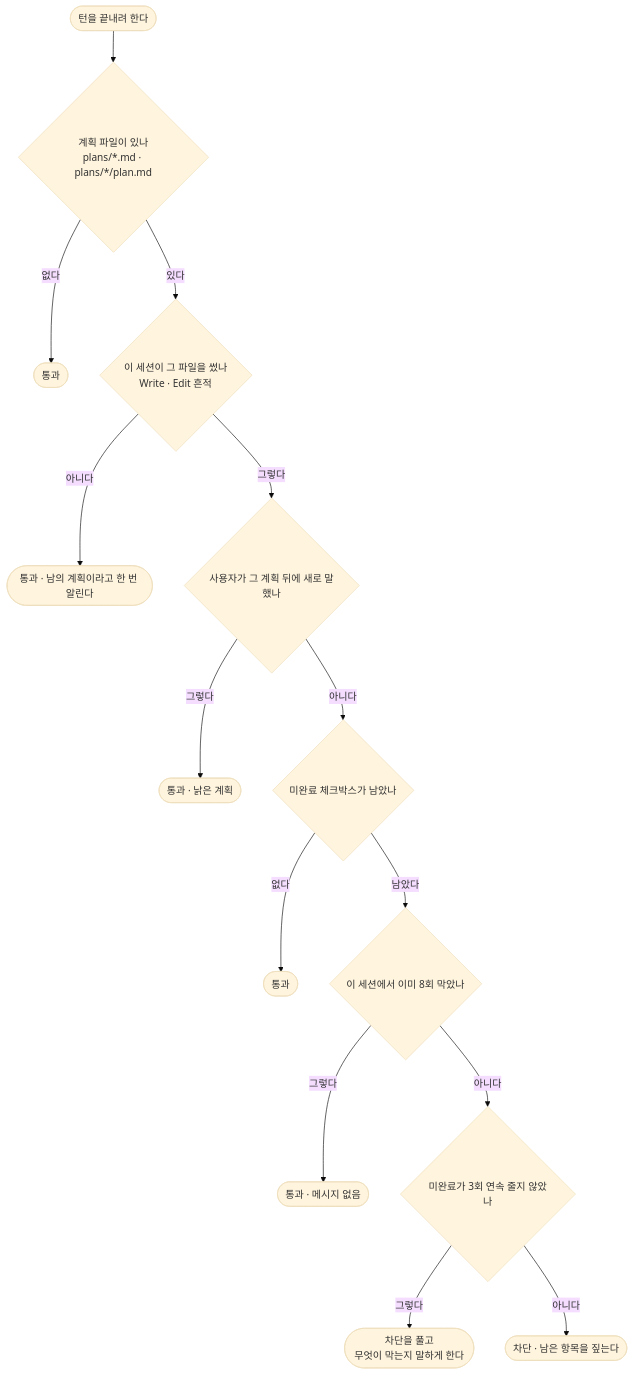
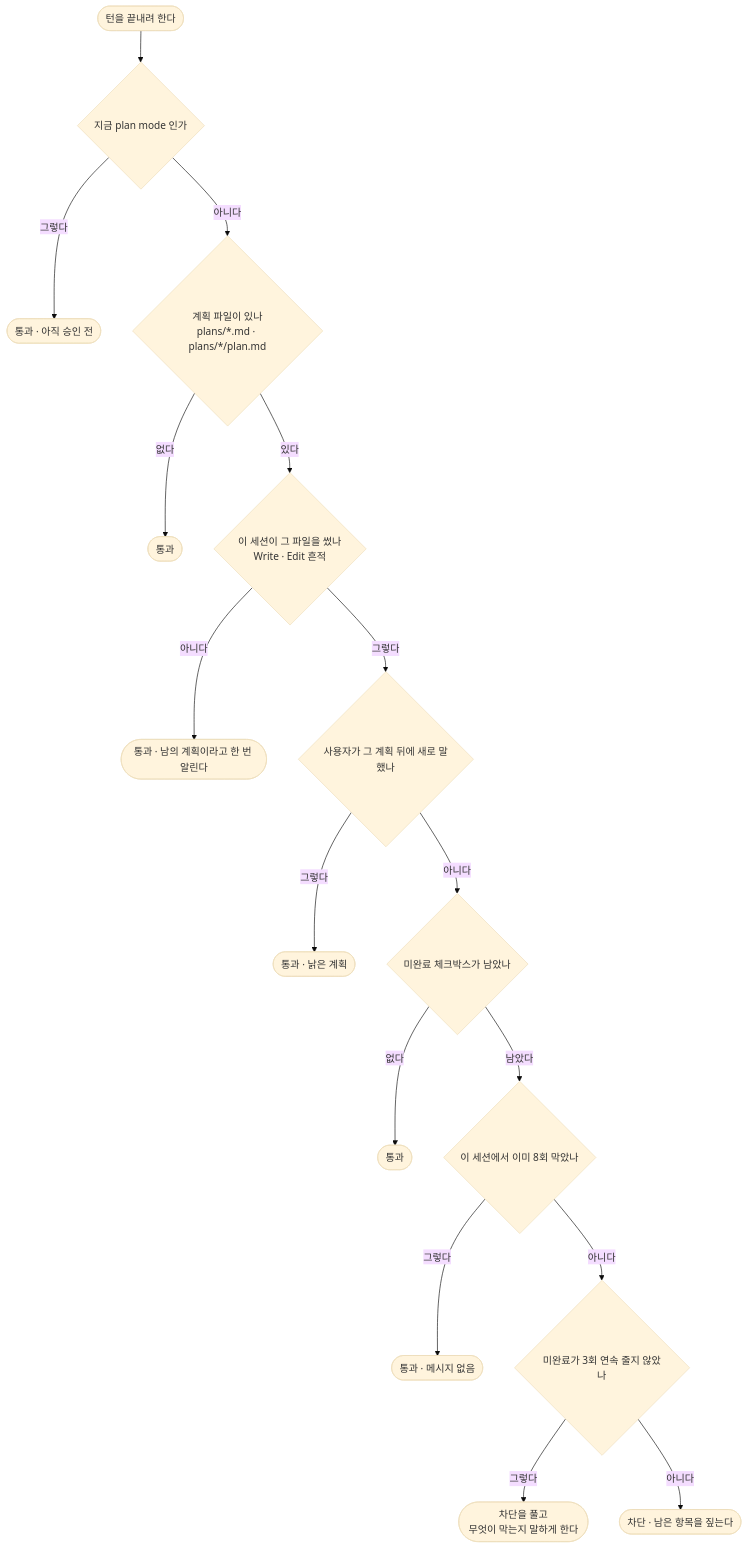
One commit to jwjinn/go-skill changed the third of 3 diagrams in README.md. Above: the diagram before and after it, drawn with Mermaid (base theme). The commit also changed other lines of this file and 3 other files, not shown here.

First line of the commit message:
fix(plan-gate): plan mode 안에서는 막지 않는다 — 내장 plan mode 는 승인 전에 계획 파일을 쓴다 (#2)

````diff
--- a/README.md
+++ b/README.md
@@ -111,16 +113,18 @@
 ```mermaid
 flowchart TD
-    S(["턴을 끝내려 한다"]) --> Q1{"계획 파일이 있나<br/>plans/*.md · plans/*/plan.md"}
+    S(["턴을 끝내려 한다"]) --> Q0{"지금 plan mode 인가"}
+    Q0 -->|"그렇다"| PP(["통과 · 아직 승인 전"])
+    Q0 -->|"아니다"| Q1{"계획 파일이 있나<br/>plans/*.md · plans/*/plan.md"}
     Q1 -->|"없다"| P0(["통과"])
     Q1 -->|"있다"| Q2{"이 세션이 그 파일을 썼나<br/>Write · Edit 흔적"}
     Q2 -->|"아니다"| P1(["통과 · 남의 계획이라고 한 번 알린다"])
     Q2 -->|"그렇다"| Q3{"사용자가 그 계획 뒤에 새로 말했나"}
     Q3 -->|"그렇다"| P2(["통과 · 낡은 계획"])
     Q3 -->|"아니다"| Q4{"미완료 체크박스가 남았나"}
     Q4 -->|"없다"| P3(["통과"])
     Q4 -->|"남았다"| Q5{"이 세션에서 이미 8회 막았나"}
     Q5 -->|"그렇다"| P4(["통과 · 메시지 없음"])
     Q5 -->|"아니다"| Q6{"미완료가 3회 연속 줄지 않았나"}
     Q6 -->|"그렇다"| R(["차단을 풀고<br/>무엇이 막는지 말하게 한다"])
     Q6 -->|"아니다"| B(["차단 · 남은 항목을 짚는다"])
 ```
````
